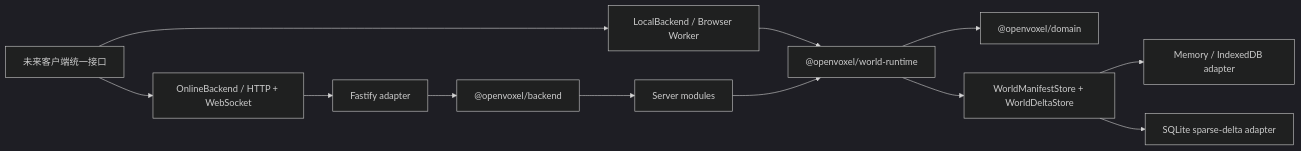
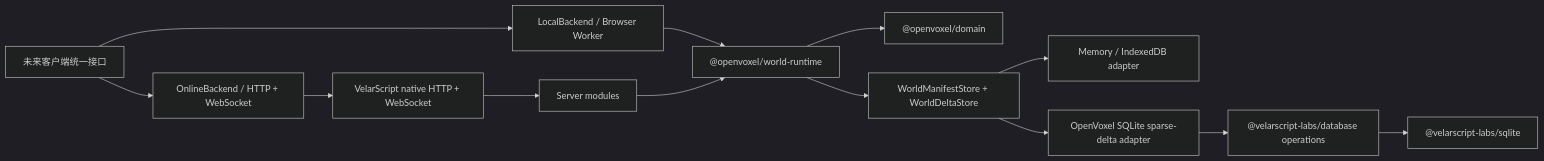
The diagram in README.md (VelarOS-AI/openvoxel), drawn with Mermaid (dark theme) before and after one commit. The commit also changed other lines of this file and 102 other files, not shown here.

Commit message:
refactor: rebuild backend with native VelarScript

````diff
--- a/README.md
+++ b/README.md
@@ -39,14 +43,15 @@
 ```mermaid
 flowchart LR
     C["未来客户端统一接口"] --> L["LocalBackend / Browser Worker"]
     C --> O["OnlineBackend / HTTP + WebSocket"]
     L --> R["@openvoxel/world-runtime"]
-    O --> F["Fastify adapter"]
-    F --> B["@openvoxel/backend"]
-    B --> M["Server modules"]
+    O --> N["VelarScript native HTTP + WebSocket"]
+    N --> M["Server modules"]
     M --> R
     R --> D["@openvoxel/domain"]
     R --> P["WorldManifestStore + WorldDeltaStore"]
     P --> I["Memory / IndexedDB adapter"]
-    P --> Q["SQLite sparse-delta adapter"]
+    P --> Q["OpenVoxel SQLite sparse-delta adapter"]
+    Q --> A["@velarscript-labs/database operations"]
+    A --> S["@velarscript-labs/sqlite"]
 ```
````
